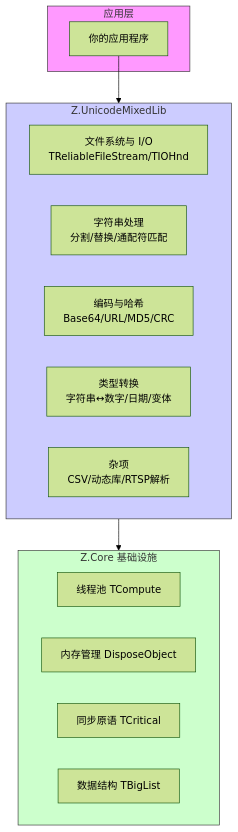
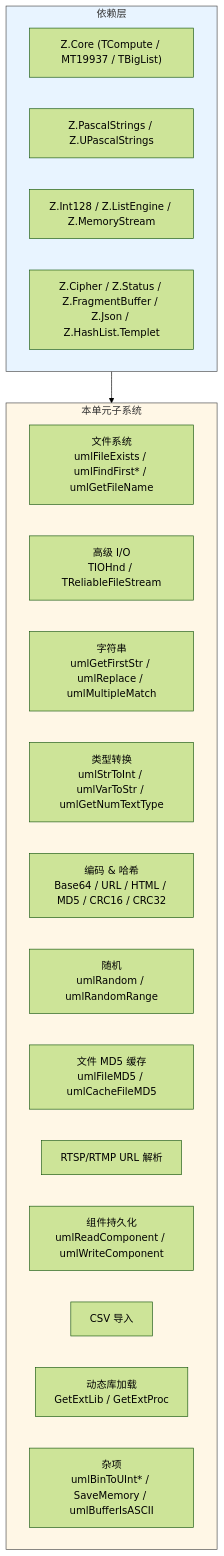
The first of 8 diagrams in source/Z.UnicodeMixedLib.md (PassByYou888/zNetV2), drawn with Mermaid (forest theme) before and after one commit. The commit also changed other lines of this file and 68 other files, not shown here.

````diff
--- a/source/Z.UnicodeMixedLib.md
+++ b/source/Z.UnicodeMixedLib.md
@@ -20,28 +13,29 @@
 ```mermaid
 flowchart TD
-    subgraph Application_Layer [应用层]
-        APP[你的应用程序]
+    subgraph L0["依赖层"]
+        C1["Z.Core (TCompute / MT19937 / TBigList)"]
+        C2["Z.PascalStrings / Z.UPascalStrings"]
+        C3["Z.Int128 / Z.ListEngine / Z.MemoryStream"]
+        C4["Z.Cipher / Z.Status / Z.FragmentBuffer / Z.Json / Z.HashList.Templet"]
     end
 
-    subgraph UML_Layer [Z.UnicodeMixedLib]
-        FileIO[文件系统与 I/O<br>TReliableFileStream/TIOHnd]
-        StringProc[字符串处理<br>分割/替换/通配符匹配]
-        Encode[编码与哈希<br>Base64/URL/MD5/CRC]
-        TypeConv[类型转换<br>字符串↔数字/日期/变体]
-        Misc[杂项<br>CSV/动态库/RTSP解析]
+    subgraph L1["本单元子系统"]
+        FS["文件系统<br/>umlFileExists / umlFindFirst* / umlGetFileName"]
+        IO["高级 I/O<br/>TIOHnd / TReliableFileStream"]
+        STR["字符串<br/>umlGetFirstStr / umlReplace / umlMultipleMatch"]
+        CNV["类型转换<br/>umlStrToInt / umlVarToStr / umlGetNumTextType"]
+        ENC["编码 & 哈希<br/>Base64 / URL / HTML / MD5 / CRC16 / CRC32"]
+        RND["随机<br/>umlRandom / umlRandomRange"]
+        MDC["文件 MD5 缓存<br/>umlFileMD5 / umlCacheFileMD5"]
+        URL["RTSP/RTMP URL 解析"]
+        COMP["组件持久化<br/>umlReadComponent / umlWriteComponent"]
+        CSV["CSV 导入"]
+        LIB["动态库加载<br/>GetExtLib / GetExtProc"]
+        MISC["杂项<br/>umlBinToUInt* / SaveMemory / umlBufferIsASCII"]
     end
 
-    subgraph Core_Layer [Z.Core 基础设施]
-        Thread[线程池 TCompute]
-        Mem[内存管理 DisposeObject]
-        Sync[同步原语 TCritical]
-        Data[数据结构 TBigList]
-    end
+    L0 --> L1
 
-    APP --> UML_Layer
-    UML_Layer --> Core_Layer
-
-    style Application_Layer fill:#f9f,stroke:#333
-    style UML_Layer fill:#ccf,stroke:#333
-    style Core_Layer fill:#cfc,stroke:#333
+    style L0 fill:#e8f4ff,stroke:#444
+    style L1 fill:#fff7e6,stroke:#444
 ```
````
